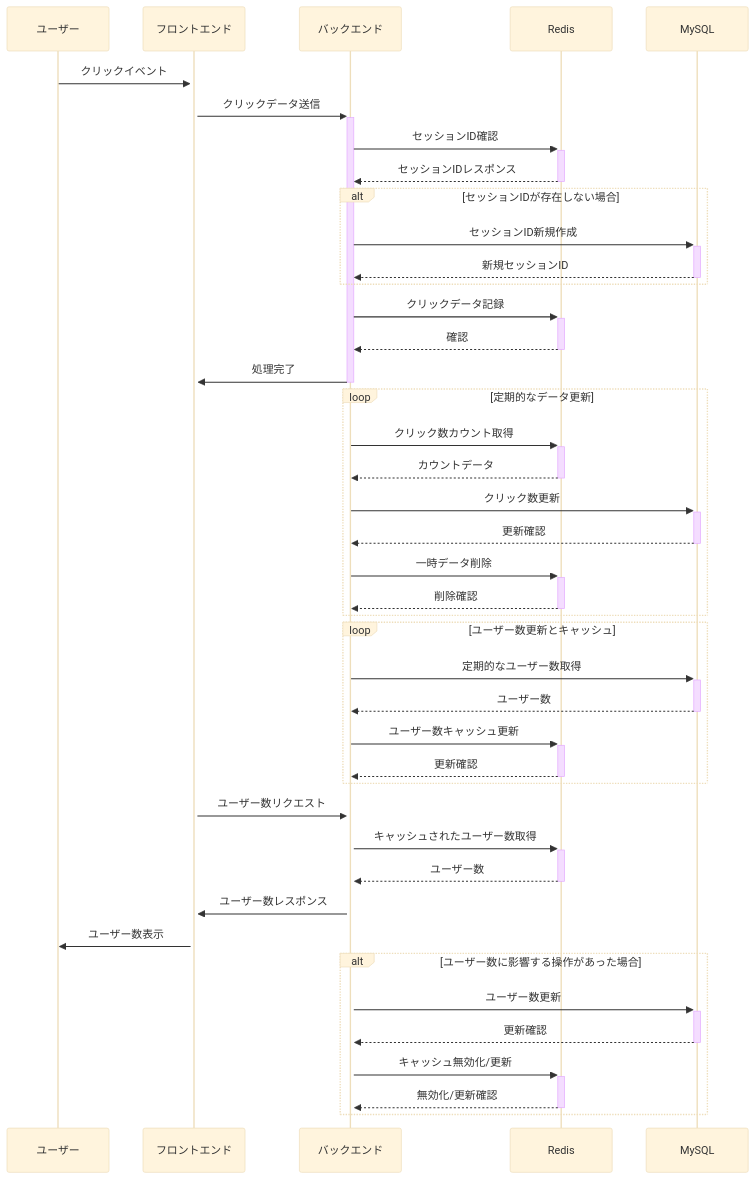
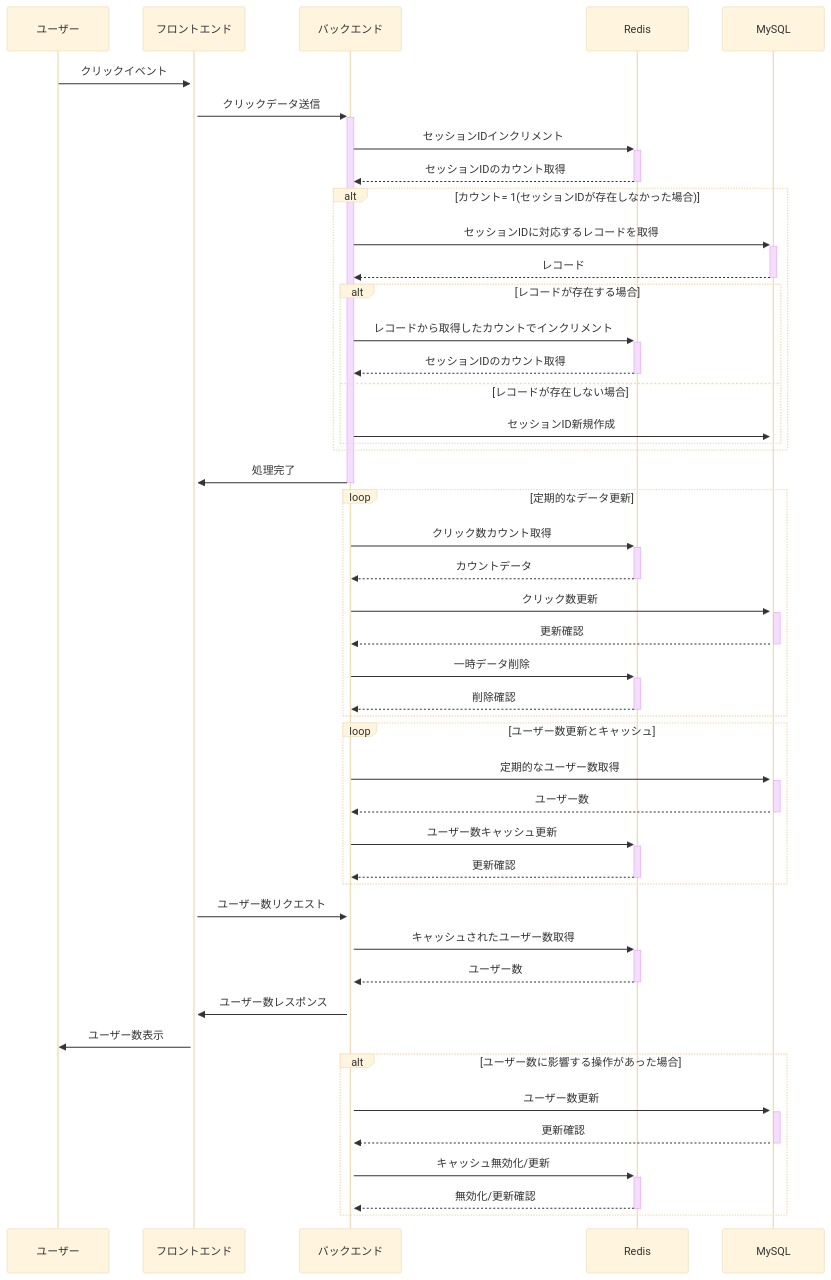
Before and after one commit to playpark-llc/kazoeru-kun: the diagram in README.md, drawn with Mermaid (base theme). The commit also changed other lines of this file, not shown here.

Commit message:
docs: ✏️ README.md
fix sequence diagram of POST /session

````diff
--- a/README.md
+++ b/README.md
@@ -42,49 +42,53 @@
 ```mermaid
 sequenceDiagram
     participant User as ユーザー
     participant Frontend as フロントエンド
     participant Backend as バックエンド
     participant Redis as Redis
     participant MySQL as MySQL
 
     User->>+Frontend: クリックイベント
     Frontend->>+Backend: クリックデータ送信
-    Backend->>+Redis: セッションID確認
-    Redis-->>-Backend: セッションIDレスポンス
-    alt セッションIDが存在しない場合
+    Backend->>+Redis: セッションIDインクリメント
+    Redis-->>-Backend: セッションIDのカウント取得
+    alt カウント= 1(セッションIDが存在しなかった場合)
+        Backend->>+MySQL: セッションIDに対応するレコードを取得
+        MySQL-->>-Backend: レコード
+      alt レコードが存在する場合
+        Backend->>+Redis: レコードから取得したカウントでインクリメント
+        Redis-->>-Backend: セッションIDのカウント取得
+      else レコードが存在しない場合
         Backend->>+MySQL: セッションID新規作成
-        MySQL-->>-Backend: 新規セッションID
+      end
     end
-    Backend->>+Redis: クリックデータ記録
-    Redis-->>-Backend: 確認
     Backend->>-Frontend: 処理完了
 
     loop 定期的なデータ更新
         Backend->>+Redis: クリック数カウント取得
         Redis-->>-Backend: カウントデータ
         Backend->>+MySQL: クリック数更新
         MySQL-->>-Backend: 更新確認
         Backend->>+Redis: 一時データ削除
         Redis-->>-Backend: 削除確認
     end
 
     loop ユーザー数更新とキャッシュ
         Backend->>+MySQL: 定期的なユーザー数取得
         MySQL-->>-Backend: ユーザー数
         Backend->>+Redis: ユーザー数キャッシュ更新
         Redis-->>-Backend: 更新確認
     end
 
     Frontend->>+Backend: ユーザー数リクエスト
     Backend->>+Redis: キャッシュされたユーザー数取得
     Redis-->>-Backend: ユーザー数
     Backend->>Frontend: ユーザー数レスポンス
     Frontend->>User: ユーザー数表示
 
     alt ユーザー数に影響する操作があった場合
         Backend->>+MySQL: ユーザー数更新
         MySQL-->>-Backend: 更新確認
         Backend->>+Redis: キャッシュ無効化/更新
         Redis-->>-Backend: 無効化/更新確認
     end
 ```
````
